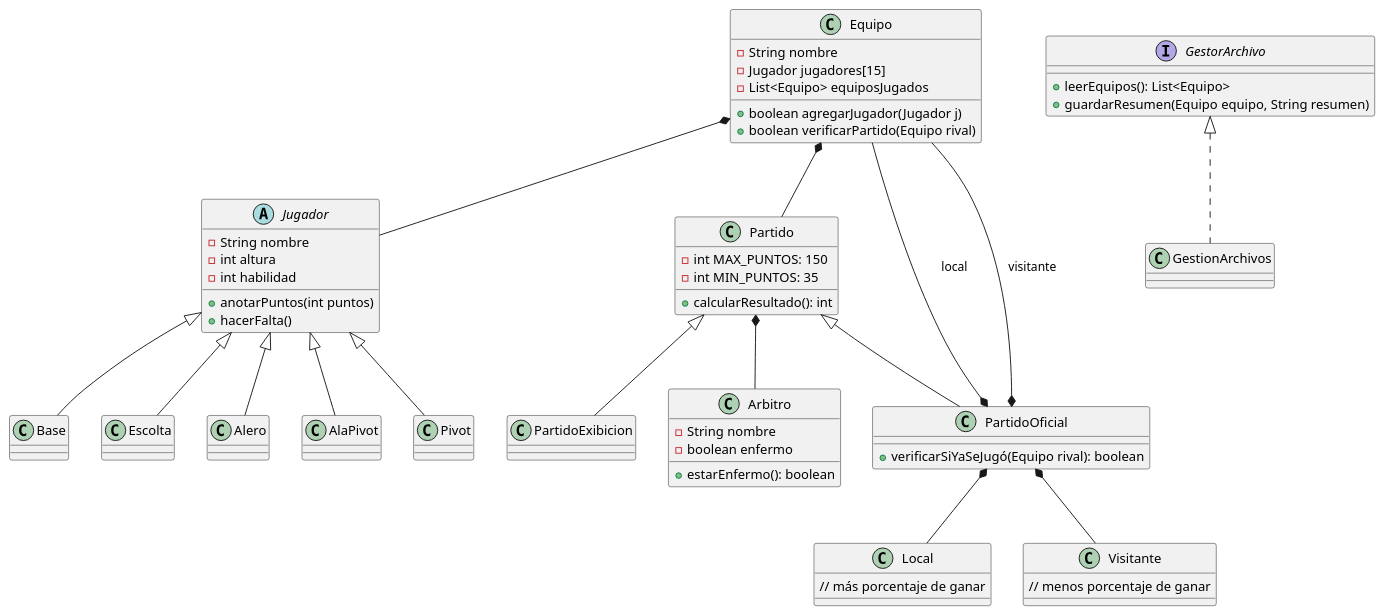
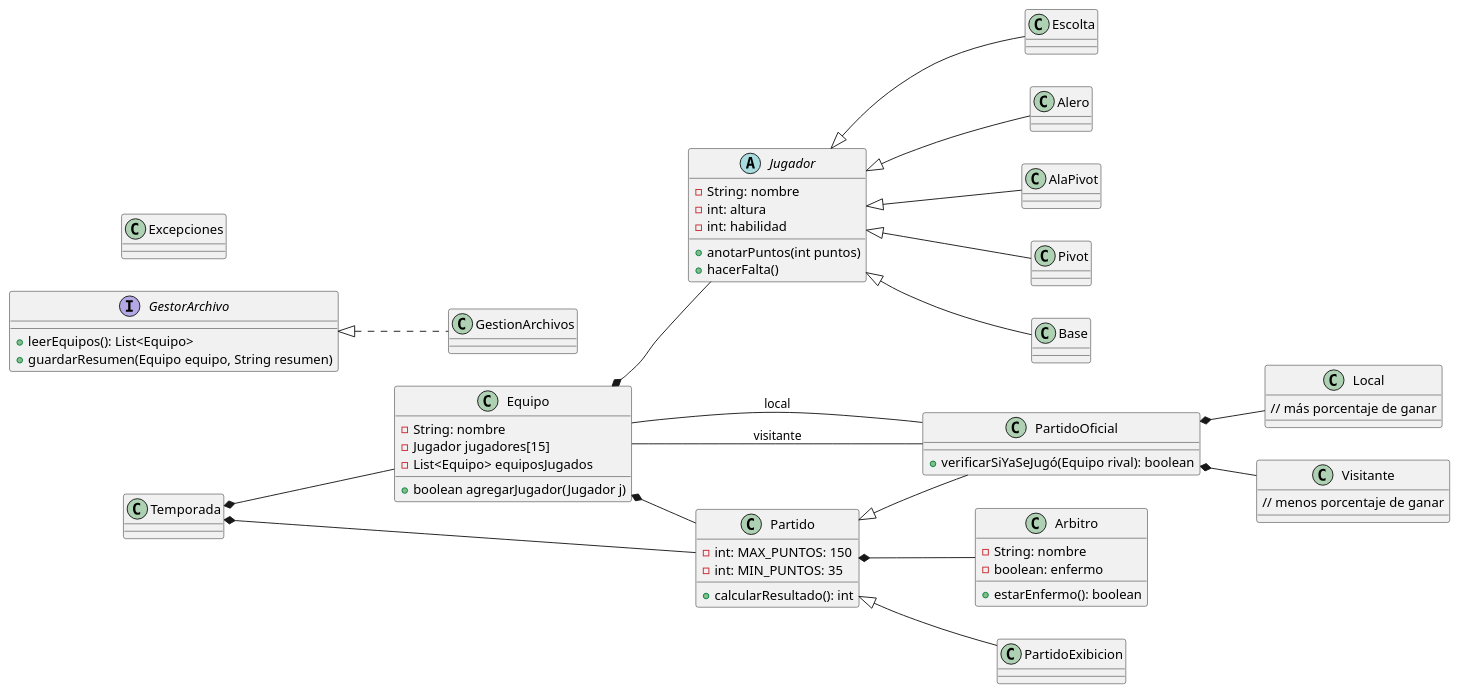
The diagram in practica/disenyo/disenyo.pu (Jorgge22/Practica_3Evaluacion), drawn with PlantUML before and after one commit. The commit also changed 26 other files, not shown here.

```diff
--- a/practica/disenyo/disenyo.pu
+++ b/practica/disenyo/disenyo.pu
@@ -1,87 +1,97 @@
 @startuml basket
-top to bottom direction
+left to right direction
 
 class Equipo {
-    -String nombre
+    -String: nombre
     -Jugador jugadores[15]
     -List<Equipo> equiposJugados
     +boolean agregarJugador(Jugador j)
-    +boolean verificarPartido(Equipo rival) 
 }
 
 abstract class Jugador {
-    -String nombre
-    -int altura
-    -int habilidad
+    -String: nombre
+    -int: altura
+    -int: habilidad
     +anotarPuntos(int puntos)
     +hacerFalta()
 }
 
 class Base {
 }
 
 class Escolta {
 }
 
 class Alero {
 }
 
 class AlaPivot {
 }
 
 class Pivot {
 }
 
 class Partido {
-    -int MAX_PUNTOS: 150
-    -int MIN_PUNTOS: 35
+    -int: MAX_PUNTOS: 150
+    -int: MIN_PUNTOS: 35
     +calcularResultado(): int
 }
 
 class PartidoExibicion {
 }
 
 class PartidoOficial {
     +verificarSiYaSeJugó(Equipo rival): boolean
 }
 
 class Local {
     // más porcentaje de ganar
 }
 
 class Visitante {
     // menos porcentaje de ganar
 }
 
 class Arbitro {
-    -String nombre
-    -boolean enfermo
+    -String: nombre
+    -boolean: enfermo
     +estarEnfermo(): boolean
 }
 
 interface GestorArchivo {
     +leerEquipos(): List<Equipo>
     +guardarResumen(Equipo equipo, String resumen)
 }
+
+class Temporada{
+
+}
+
+class Excepciones{
+
+}
+
+Temporada *-- Partido
+Temporada *-- Equipo
 
 Equipo *-- Jugador
 Equipo *-- Partido
 
 Jugador <|-- Base
 Jugador <|-- Escolta
 Jugador <|-- Alero
 Jugador <|-- AlaPivot
 Jugador <|-- Pivot
 
 Partido *-- Arbitro
 Partido <|-- PartidoOficial
 Partido <|-- PartidoExibicion
 
 PartidoOficial *-- Local
 PartidoOficial *-- Visitante
-PartidoOficial *-- Equipo : local
-PartidoOficial *-- Equipo : visitante
+PartidoOficial -- Equipo : local
+PartidoOficial -- Equipo : visitante
 
 GestorArchivo <|.. GestionArchivos
 
 @enduml
```
